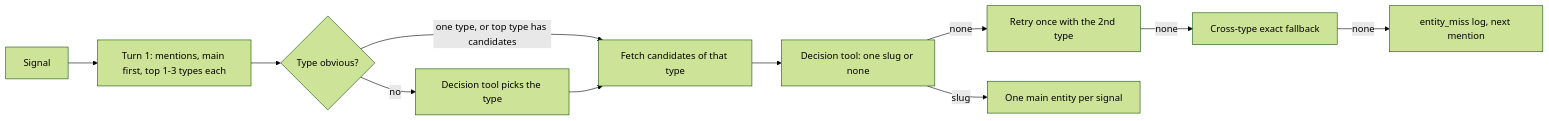
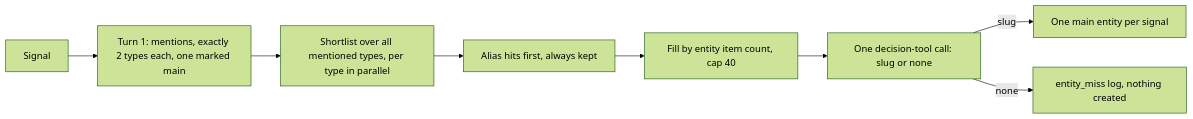
One commit to b-bhu/myboon changed the diagram in packages/analyst/README.md. Above: the diagram before and after it, drawn with Mermaid (forest theme). The commit also changed other lines of this file and 9 other files, not shown here.

First line of the commit message:
feat(#567): shortlist matching: 2 types + main subject, alias hits then item-count fill, one closed pick

````diff
--- a/packages/analyst/README.md
+++ b/packages/analyst/README.md
@@ -38,13 +38,10 @@
 ```mermaid
 flowchart LR
-  A[Signal] --> M[Turn 1: mentions, main first, top 1-3 types each]
-  M --> O{Type obvious?}
-  O -->|one type, or top type has candidates| F
-  O -->|no| D[Decision tool picks the type]
-  D --> F[Fetch candidates of that type]
-  F --> P[Decision tool: one slug or none]
-  P -->|none| R[Retry once with the 2nd type]
-  R -->|none| X[Cross-type exact fallback]
-  X -->|none| L[entity_miss log, next mention]
+  A[Signal] --> M[Turn 1: mentions, exactly 2 types each, one marked main]
+  M --> S[Shortlist over all mentioned types, per type in parallel]
+  S --> H[Alias hits first, always kept]
+  H --> F[Fill by entity item count, cap 40]
+  F --> P[One decision-tool call: slug or none]
   P -->|slug| E[One main entity per signal]
+  P -->|none| L[entity_miss log, nothing created]
 ```
````
